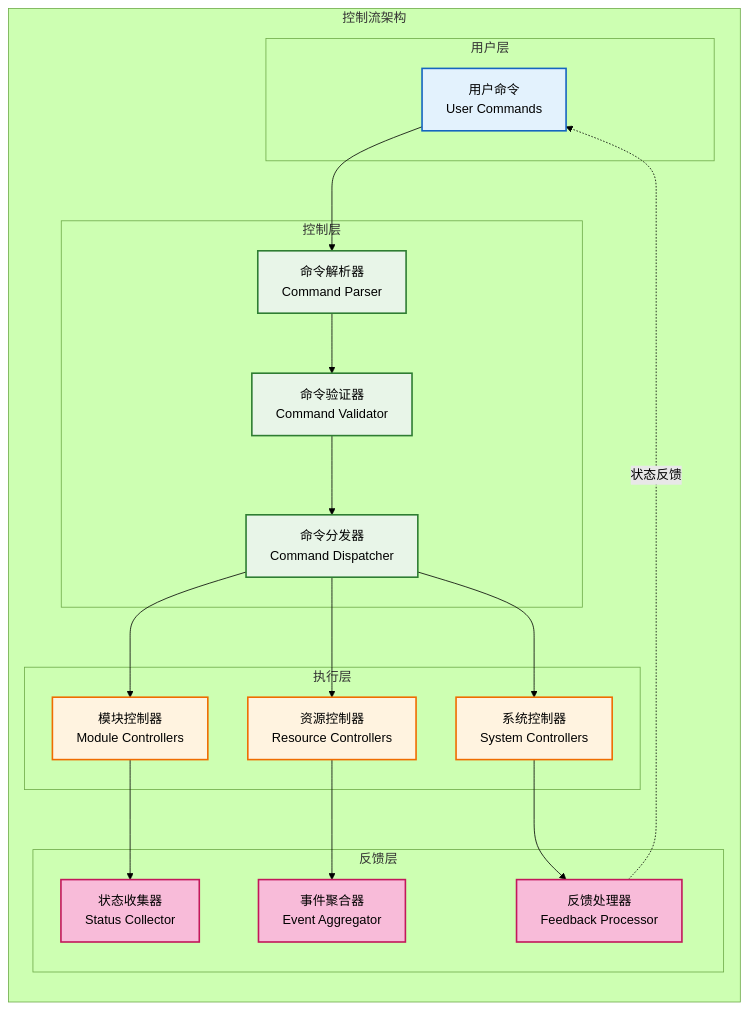
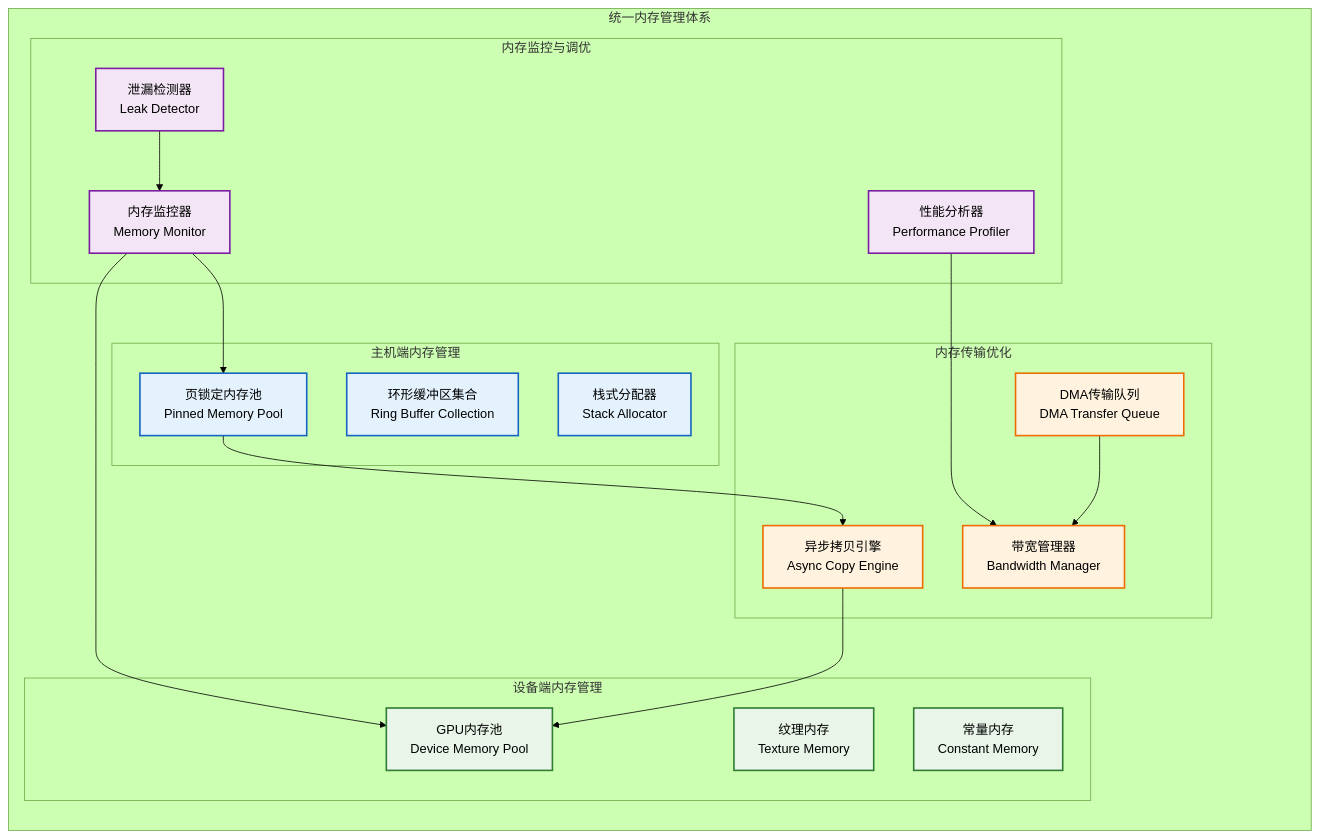
Before and after one commit to wendizhou99-cell/Radar: diagram 12 of 26 in docs/01_项目设计/01_项目设计/03_系统架构总览.md, drawn with Mermaid (forest theme). The commit also changed other lines of this file and 27 other files, not shown here.

````diff
--- a/docs/01_项目设计/01_项目设计/03_系统架构总览.md
+++ b/docs/01_项目设计/01_项目设计/03_系统架构总览.md
@@ -347,54 +773,51 @@
 ```mermaid
-flowchart TB
-    subgraph "控制流架构"
+graph TB
+    subgraph "统一内存管理体系"
         direction TB
 
-        subgraph "用户层"
-            USER_CMD[用户命令<br/>User Commands]
+        subgraph "主机端内存管理"
+            PINNED_POOL[页锁定内存池<br/>Pinned Memory Pool]
+            RING_BUFFERS[环形缓冲区集合<br/>Ring Buffer Collection]
+            STACK_ALLOCATOR[栈式分配器<br/>Stack Allocator]
         end
 
-        subgraph "控制层"
-            CMD_PARSER[命令解析器<br/>Command Parser]
-            CMD_VALIDATOR[命令验证器<br/>Command Validator]
-            CMD_DISPATCHER[命令分发器<br/>Command Dispatcher]
+        subgraph "设备端内存管理"
+            GPU_POOL[GPU内存池<br/>Device Memory Pool]
+            TEXTURE_MEM[纹理内存<br/>Texture Memory]
+            CONSTANT_MEM[常量内存<br/>Constant Memory]
         end
 
-        subgraph "执行层"
-            MODULE_CTRL[模块控制器<br/>Module Controllers]
-            RESOURCE_CTRL[资源控制器<br/>Resource Controllers]
-            SYSTEM_CTRL[系统控制器<br/>System Controllers]
+        subgraph "内存传输优化"
+            ASYNC_COPY[异步拷贝引擎<br/>Async Copy Engine]
+            DMA_QUEUE[DMA传输队列<br/>DMA Transfer Queue]
+            BANDWIDTH_MGR[带宽管理器<br/>Bandwidth Manager]
         end
 
-        subgraph "反馈层"
-            STATUS_COLLECTOR[状态收集器<br/>Status Collector]
-            EVENT_AGGREGATOR[事件聚合器<br/>Event Aggregator]
-            FEEDBACK_PROCESSOR[反馈处理器<br/>Feedback Processor]
+        subgraph "内存监控与调优"
+            MEM_MONITOR[内存监控器<br/>Memory Monitor]
+            LEAK_DETECTOR[泄漏检测器<br/>Leak Detector]
+            PERF_PROFILER[性能分析器<br/>Performance Profiler]
         end
 
-        %% 控制流向
-        USER_CMD --> CMD_PARSER
-        CMD_PARSER --> CMD_VALIDATOR
-        CMD_VALIDATOR --> CMD_DISPATCHER
+        %% 内存管理流程
+        PINNED_POOL --> ASYNC_COPY
+        ASYNC_COPY --> GPU_POOL
+        DMA_QUEUE --> BANDWIDTH_MGR
 
-        CMD_DISPATCHER --> MODULE_CTRL
-        CMD_DISPATCHER --> RESOURCE_CTRL
-        CMD_DISPATCHER --> SYSTEM_CTRL
-
-        MODULE_CTRL --> STATUS_COLLECTOR
-        RESOURCE_CTRL --> EVENT_AGGREGATOR
-        SYSTEM_CTRL --> FEEDBACK_PROCESSOR
-
-        %% 反馈回路
-        FEEDBACK_PROCESSOR -.->|状态反馈| USER_CMD
+        %% 监控反馈
+        MEM_MONITOR --> PINNED_POOL
+        MEM_MONITOR --> GPU_POOL
+        LEAK_DETECTOR --> MEM_MONITOR
+        PERF_PROFILER --> BANDWIDTH_MGR
     end
 
-    classDef user fill:#e3f2fd,stroke:#1565c0,stroke-width:2px
-    classDef control fill:#e8f5e8,stroke:#2e7d32,stroke-width:2px
-    classDef execute fill:#fff3e0,stroke:#ef6c00,stroke-width:2px
-    classDef feedback fill:#f8bbd9,stroke:#c2185b,stroke-width:2px
+    classDef host fill:#e3f2fd,stroke:#1565c0,stroke-width:2px
+    classDef device fill:#e8f5e8,stroke:#2e7d32,stroke-width:2px
+    classDef transfer fill:#fff3e0,stroke:#ef6c00,stroke-width:2px
+    classDef monitor fill:#f3e5f5,stroke:#7b1fa2,stroke-width:2px
 
-    class USER_CMD user
-    class CMD_PARSER,CMD_VALIDATOR,CMD_DISPATCHER control
-    class MODULE_CTRL,RESOURCE_CTRL,SYSTEM_CTRL execute
-    class STATUS_COLLECTOR,EVENT_AGGREGATOR,FEEDBACK_PROCESSOR feedback
+    class PINNED_POOL,RING_BUFFERS,STACK_ALLOCATOR host
+    class GPU_POOL,TEXTURE_MEM,CONSTANT_MEM device
+    class ASYNC_COPY,DMA_QUEUE,BANDWIDTH_MGR transfer
+    class MEM_MONITOR,LEAK_DETECTOR,PERF_PROFILER monitor
 ```
````
